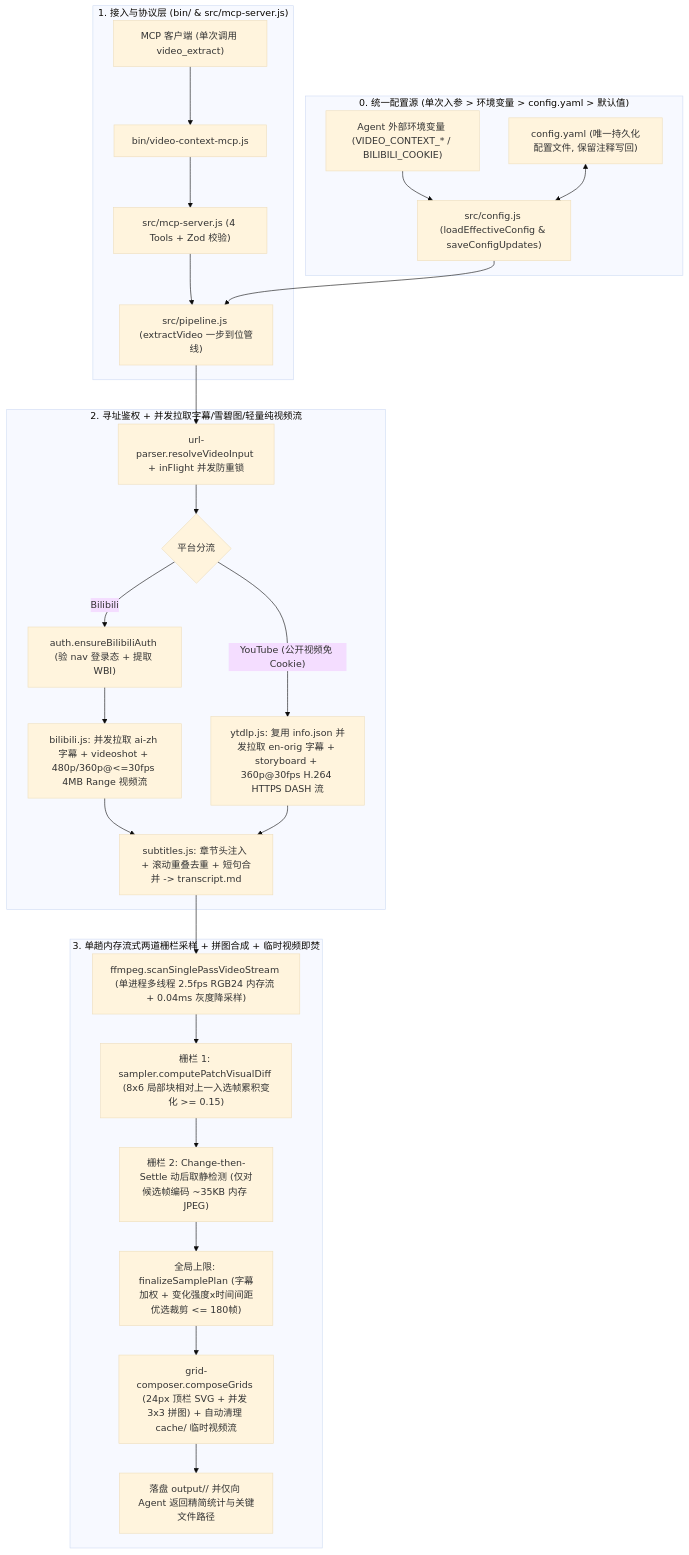
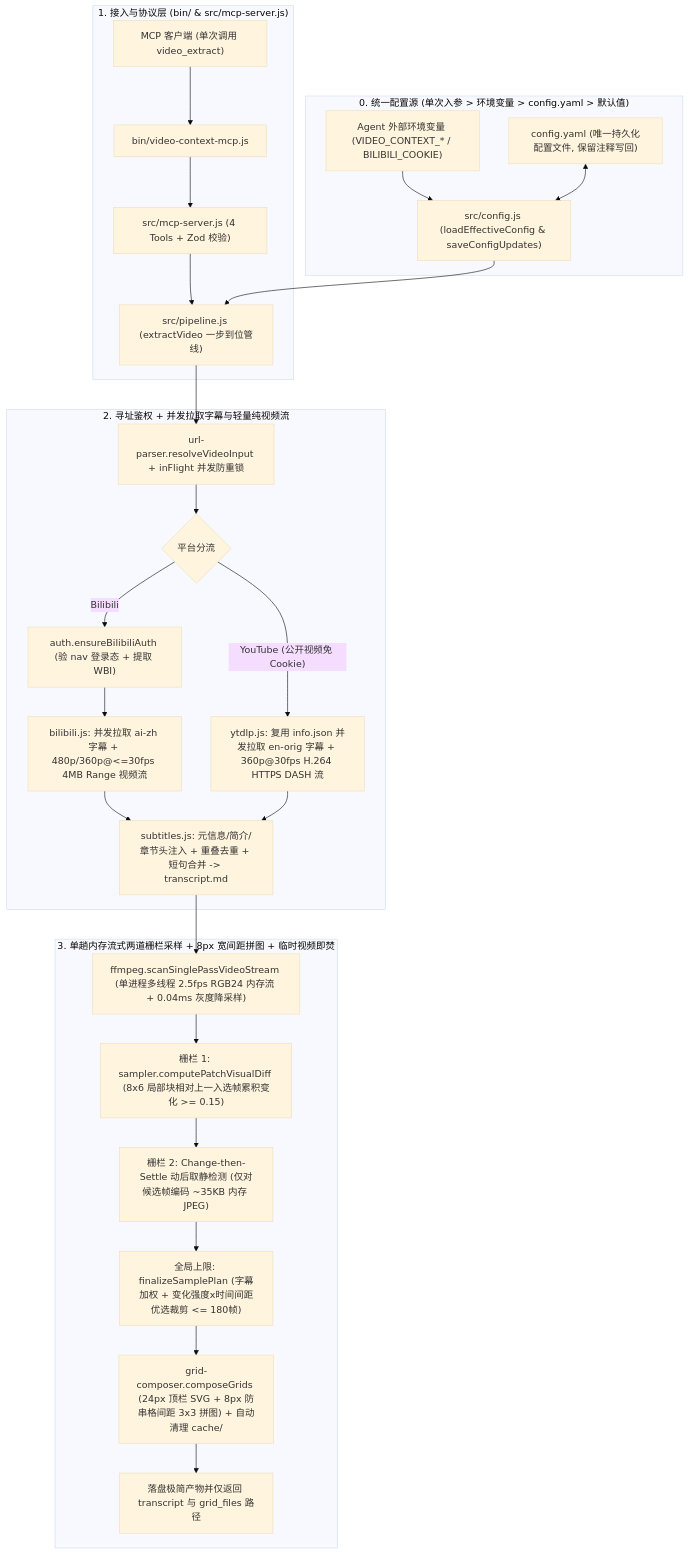
The diagram in docs/README.md (chengdidididi/video-context-mcp), drawn with Mermaid (base theme) before and after one commit. The commit also changed 16 other files, not shown here.

Commit message:
refactor!: remove sprite pipeline, shrink metadata into transcript.md, and widen grid gutter to 8px

````diff
--- a/docs/README.md
+++ b/docs/README.md
@@ -9,33 +9,33 @@
 ```mermaid
 flowchart TD
     subgraph CfgSource["0. 统一配置源 (单次入参 > 环境变量 > config.yaml > 默认值)"]
         EnvVars["Agent 外部环境变量 (VIDEO_CONTEXT_* / BILIBILI_COOKIE)"] --> ConfigHub["src/config.js (loadEffectiveConfig & saveConfigUpdates)"]
         YamlFile["config.yaml (唯一持久化配置文件, 保留注释写回)"] <--> ConfigHub
     end
 
     subgraph Entry["1. 接入与协议层 (bin/ & src/mcp-server.js)"]
         MCPClient["MCP 客户端 (单次调用 video_extract)"] --> BinMCP["bin/video-context-mcp.js"]
         BinMCP --> MCPServer["src/mcp-server.js (4 Tools + Zod 校验)"]
         MCPServer --> Pipeline["src/pipeline.js (extractVideo 一步到位管线)"]
         ConfigHub --> Pipeline
     end
 
-    subgraph Ingest["2. 寻址鉴权 + 并发拉取字幕/雪碧图/轻量纯视频流"]
+    subgraph Ingest["2. 寻址鉴权 + 并发拉取字幕与轻量纯视频流"]
         Pipeline --> UrlParse["url-parser.resolveVideoInput + inFlight 并发防重锁"]
         UrlParse --> PlatformBranch{"平台分流"}
         PlatformBranch -- "Bilibili" --> BiliAuth["auth.ensureBilibiliAuth (验 nav 登录态 + 提取 WBI)"]
-        BiliAuth --> BiliFetch["bilibili.js: 并发拉取 ai-zh 字幕 + videoshot + 480p/360p@<=30fps 4MB Range 视频流"]
-        PlatformBranch -- "YouTube (公开视频免 Cookie)" --> YtFetch["ytdlp.js: 复用 info.json 并发拉取 en-orig 字幕 + storyboard + 360p@30fps H.264 HTTPS DASH 流"]
-        BiliFetch --> SubClean["subtitles.js: 章节头注入 + 滚动重叠去重 + 短句合并 -> transcript.md"]
+        BiliAuth --> BiliFetch["bilibili.js: 并发拉取 ai-zh 字幕 + 480p/360p@<=30fps 4MB Range 视频流"]
+        PlatformBranch -- "YouTube (公开视频免 Cookie)" --> YtFetch["ytdlp.js: 复用 info.json 并发拉取 en-orig 字幕 + 360p@30fps H.264 HTTPS DASH 流"]
+        BiliFetch --> SubClean["subtitles.js: 元信息/简介/章节头注入 + 重叠去重 + 短句合并 -> transcript.md"]
         YtFetch --> SubClean
     end
 
-    subgraph TwoGate["3. 单趟内存流式两道栅栏采样 + 拼图合成 + 临时视频即焚"]
+    subgraph TwoGate["3. 单趟内存流式两道栅栏采样 + 8px 宽间距拼图 + 临时视频即焚"]
         SubClean --> Probe["ffmpeg.scanSinglePassVideoStream (单进程多线程 2.5fps RGB24 内存流 + 0.04ms 灰度降采样)"]
         Probe --> Gate1["栅栏 1: sampler.computePatchVisualDiff (8x6 局部块相对上一入选帧累积变化 >= 0.15)"]
         Gate1 --> Gate2["栅栏 2: Change-then-Settle 动后取静检测 (仅对候选帧编码 ~35KB 内存 JPEG)"]
         Gate2 --> Cap["全局上限: finalizeSamplePlan (字幕加权 + 变化强度x时间间距优选裁剪 <= 180帧)"]
-        Cap --> Render["grid-composer.composeGrids (24px 顶栏 SVG + 并发 3x3 拼图) + 自动清理 cache/ 临时视频流"]
-        Render --> Output["落盘 output/<bundle_id>/ 并仅向 Agent 返回精简统计与关键文件路径"]
+        Cap --> Render["grid-composer.composeGrids (24px 顶栏 SVG + 8px 防串格间距 3x3 拼图) + 自动清理 cache/"]
+        Render --> Output["落盘极简产物并仅返回 transcript 与 grid_files 路径"]
     end
 ```
````
